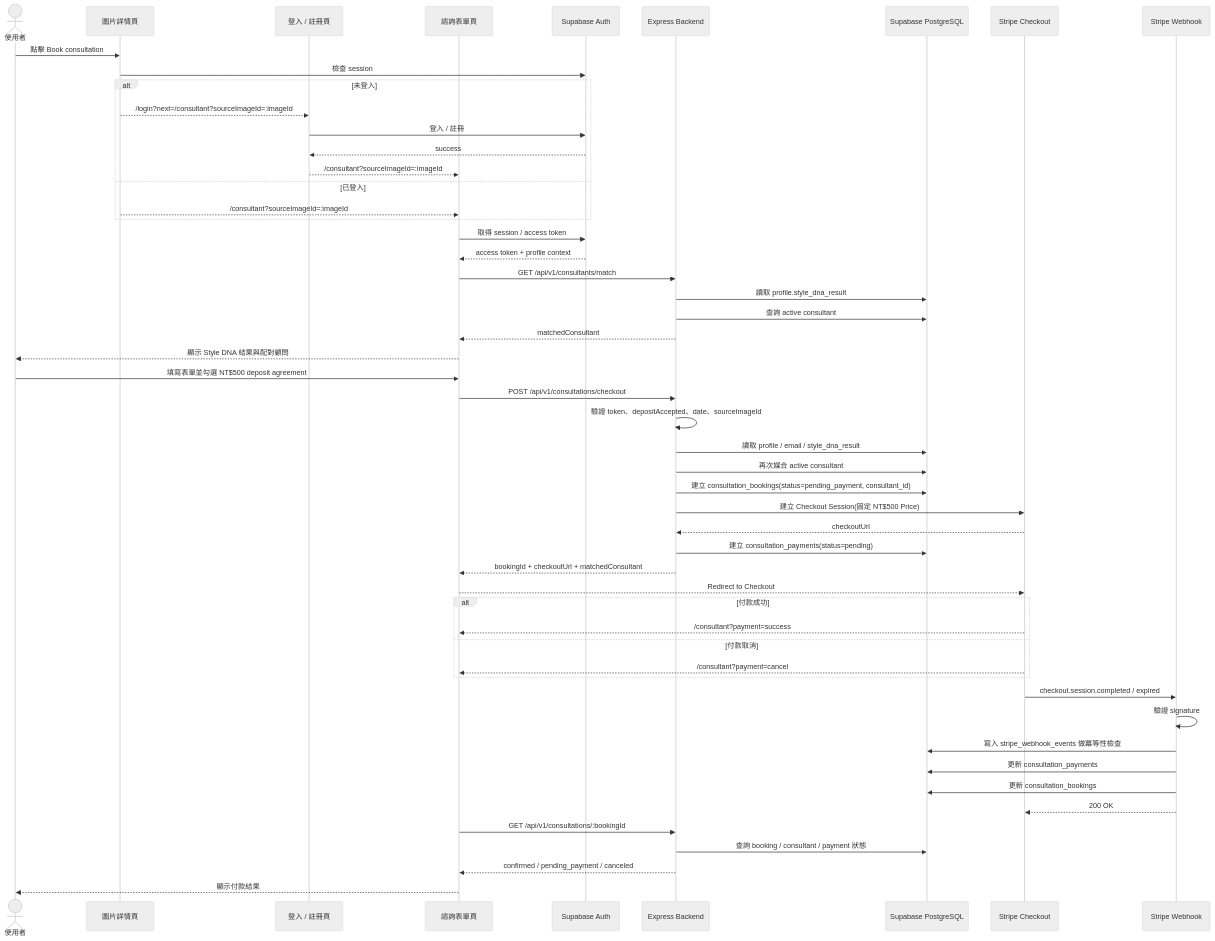
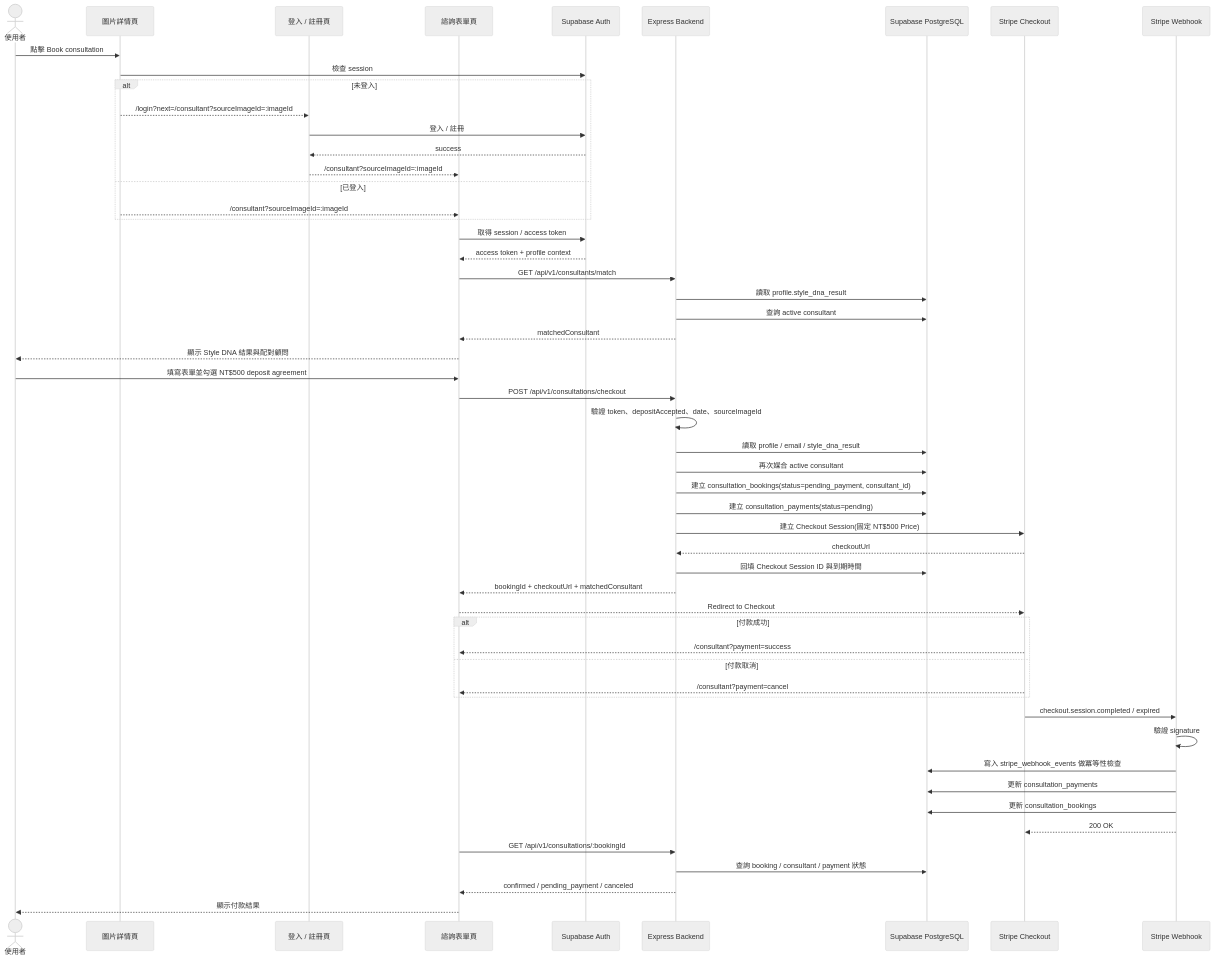
Before and after one commit to asterism-studio/asterism-backend: the diagram in docs/consultation-payment-technical-spec.md, drawn with Mermaid (neutral theme). The commit also changed other lines of this file and 2 other files, not shown here.

First line of the commit message:
feat(consultation-checkout): 支援 in-person 契約並同步文件

````diff
--- a/docs/consultation-payment-technical-spec.md
+++ b/docs/consultation-payment-technical-spec.md
@@ -519,64 +524,65 @@
 ```mermaid
 sequenceDiagram
   actor User as 使用者
   participant Detail as 圖片詳情頁
   participant Login as 登入 / 註冊頁
   participant FE as 諮詢表單頁
   participant Auth as Supabase Auth
   participant API as Express Backend
   participant DB as Supabase PostgreSQL
   participant Stripe as Stripe Checkout
   participant Webhook as Stripe Webhook
 
   User->>Detail: 點擊 Book consultation
   Detail->>Auth: 檢查 session
 
   alt 未登入
     Detail-->>Login: /login?next=/consultant?sourceImageId=:imageId
     Login->>Auth: 登入 / 註冊
     Auth-->>Login: success
     Login-->>FE: /consultant?sourceImageId=:imageId
   else 已登入
     Detail-->>FE: /consultant?sourceImageId=:imageId
   end
 
   FE->>Auth: 取得 session / access token
   Auth-->>FE: access token + profile context
 
   FE->>API: GET /api/v1/consultants/match
   API->>DB: 讀取 profile.style_dna_result
   API->>DB: 查詢 active consultant
   API-->>FE: matchedConsultant
   FE-->>User: 顯示 Style DNA 結果與配對顧問
 
   User->>FE: 填寫表單並勾選 NT$500 deposit agreement
 
   FE->>API: POST /api/v1/consultations/checkout
   API->>API: 驗證 token、depositAccepted、date、sourceImageId
   API->>DB: 讀取 profile / email / style_dna_result
   API->>DB: 再次媒合 active consultant
   API->>DB: 建立 consultation_bookings(status=pending_payment, consultant_id)
+  API->>DB: 建立 consultation_payments(status=pending)
   API->>Stripe: 建立 Checkout Session(固定 NT$500 Price)
   Stripe-->>API: checkoutUrl
-  API->>DB: 建立 consultation_payments(status=pending)
+  API->>DB: 回填 Checkout Session ID 與到期時間
   API-->>FE: bookingId + checkoutUrl + matchedConsultant
   FE-->>Stripe: Redirect to Checkout
 
   alt 付款成功
     Stripe-->>FE: /consultant?payment=success
   else 付款取消
     Stripe-->>FE: /consultant?payment=cancel
   end
 
   Stripe->>Webhook: checkout.session.completed / expired
   Webhook->>Webhook: 驗證 signature
   Webhook->>DB: 寫入 stripe_webhook_events 做冪等性檢查
   Webhook->>DB: 更新 consultation_payments
   Webhook->>DB: 更新 consultation_bookings
   Webhook-->>Stripe: 200 OK
 
   FE->>API: GET /api/v1/consultations/:bookingId
   API->>DB: 查詢 booking / consultant / payment 狀態
   API-->>FE: confirmed / pending_payment / canceled
   FE-->>User: 顯示付款結果
 ```
````
